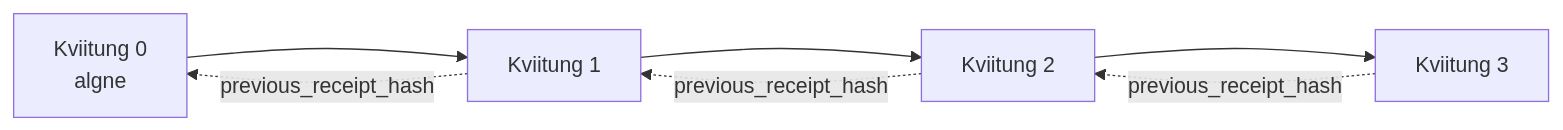
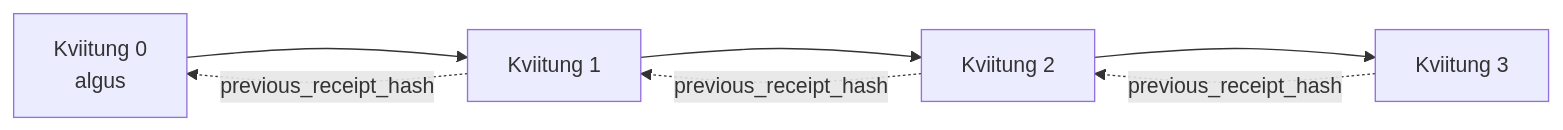
Before and after one commit to gabrielmoreira/agent-skills-mirror: the second of 2 diagrams in mirrors/repos/microsoft@ai-agents-for-beginners/translations/et/18-securing-ai-agents/README.md, drawn with Mermaid. The commit also changed other lines of this file and 4482 other files, not shown here.

````diff
--- a/mirrors/repos/microsoft@ai-agents-for-beginners/translations/et/18-securing-ai-agents/README.md
+++ b/mirrors/repos/microsoft@ai-agents-for-beginners/translations/et/18-securing-ai-agents/README.md
@@ -206,9 +206,9 @@
 ```mermaid
 flowchart LR
-    R0[Kviitung 0<br/>algne] --> R1[Kviitung 1]
+    R0[Kviitung 0<br/>algus] --> R1[Kviitung 1]
     R1 --> R2[Kviitung 2]
     R2 --> R3[Kviitung 3]
     R1 -. previous_receipt_hash .-> R0
     R2 -. previous_receipt_hash .-> R1
     R3 -. previous_receipt_hash .-> R2
 ```
````
